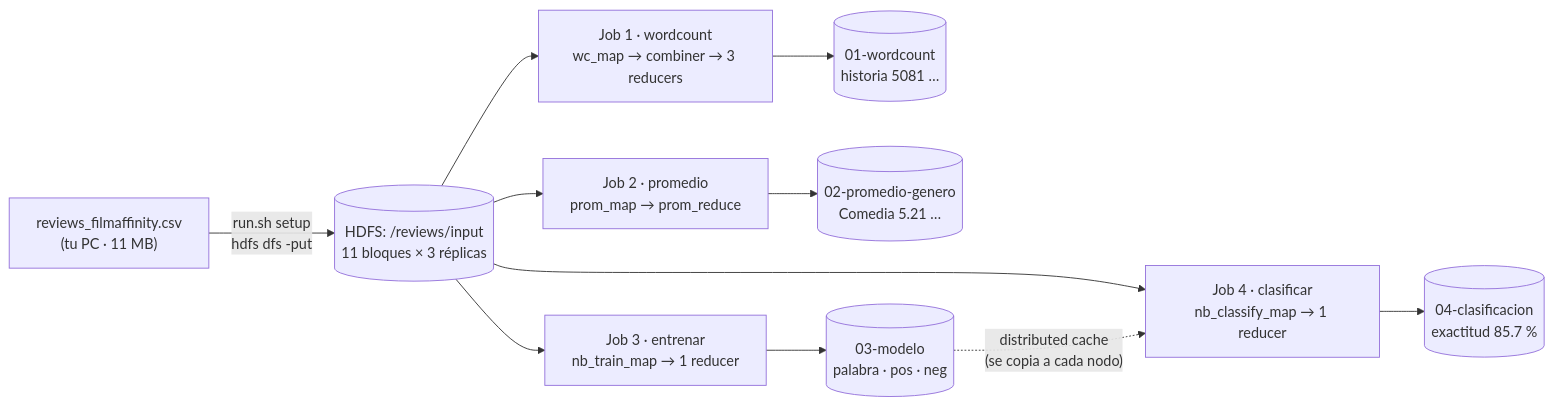
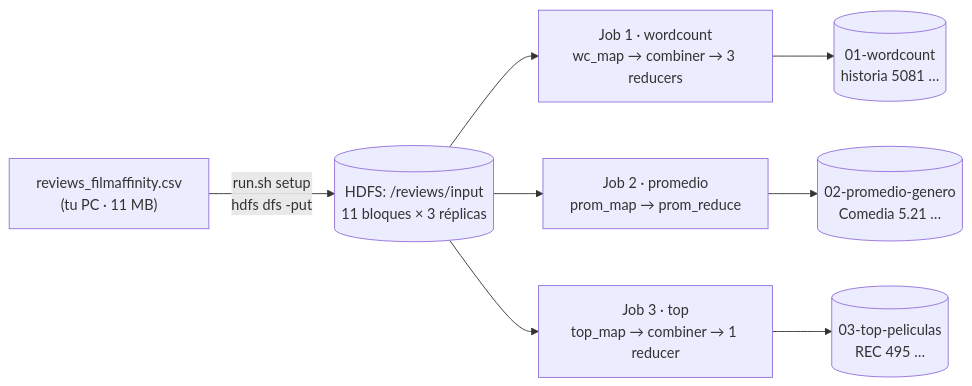
The second of 8 diagrams in docs/sustentacion.md (xulian03/HDFS-practica), drawn with Mermaid before and after one commit. The commit also changed other lines of this file and 17 other files, not shown here.

````diff
--- a/docs/sustentacion.md
+++ b/docs/sustentacion.md
@@ -185,16 +185,12 @@
 ```mermaid
 flowchart LR
     CSV["reviews_filmaffinity.csv<br/>(tu PC · 11 MB)"] -->|"run.sh setup<br/>hdfs dfs -put"| IN[("HDFS: /reviews/input<br/>11 bloques × 3 réplicas")]
 
     IN --> J1["Job 1 · wordcount<br/>wc_map → combiner → 3 reducers"]
     IN --> J2["Job 2 · promedio<br/>prom_map → prom_reduce"]
-    IN --> J3["Job 3 · entrenar<br/>nb_train_map → 1 reducer"]
-    IN --> J4["Job 4 · clasificar<br/>nb_classify_map → 1 reducer"]
+    IN --> J3["Job 3 · top<br/>top_map → combiner → 1 reducer"]
 
     J1 --> O1[("01-wordcount<br/>historia 5081 …")]
     J2 --> O2[("02-promedio-genero<br/>Comedia 5.21 …")]
-    J3 --> O3[("03-modelo<br/>palabra · pos · neg")]
-    J4 --> O4[("04-clasificacion<br/>exactitud 85.7 %")]
-
-    O3 -. "distributed cache<br/>(se copia a cada nodo)" .-> J4
+    J3 --> O3[("03-top-peliculas<br/>REC 495 …")]
 ```
````
